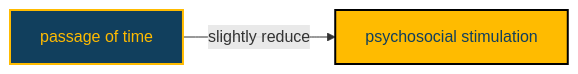
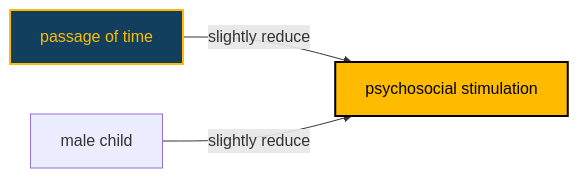
Before and after one commit to agrogan1/research: the diagram in MICSPLUS/diagram.md, drawn with Mermaid.

````diff
--- a/MICSPLUS/diagram.md
+++ b/MICSPLUS/diagram.md
@@ -1,24 +1,27 @@
 ```mermaid
 
 flowchart LR
 
   classDef yellow fill:#FFC20E,stroke:#000000,stroke-width:2px,color:#000000;
   
   classDef cyan fill:#1CABE2,stroke:#000000,stroke-width:2px,color:#FFFFFF;
   
   classDef red fill:#E2231A,stroke:#000000,stroke-width:2px,color:#FFFFFF;
   
   classDef orange fill:#F26A21,stroke:#000000,stroke-width:2px,color:#FFFFFF;
 
   classDef tidal fill:#113f5d,color:#FFBB00,stroke:#FFBB00,stroke-width:2px
 
-  classDef tidal2 fill:#FFBB00,color:#113f5d,stroke:#000000,stroke-width:2px
+  classDef tidal2 fill:#FFBB00,color:#000000,stroke:#000000,stroke-width:2px
 
   time[passage of time]
 
   psychosocial[psychosocial stimulation]
 
+  male[male child]
+
   time:::tidal --> |"slightly reduce"| psychosocial:::tidal2
 
+  male --> |"slightly reduce"| psychosocial
 
 ```
````
